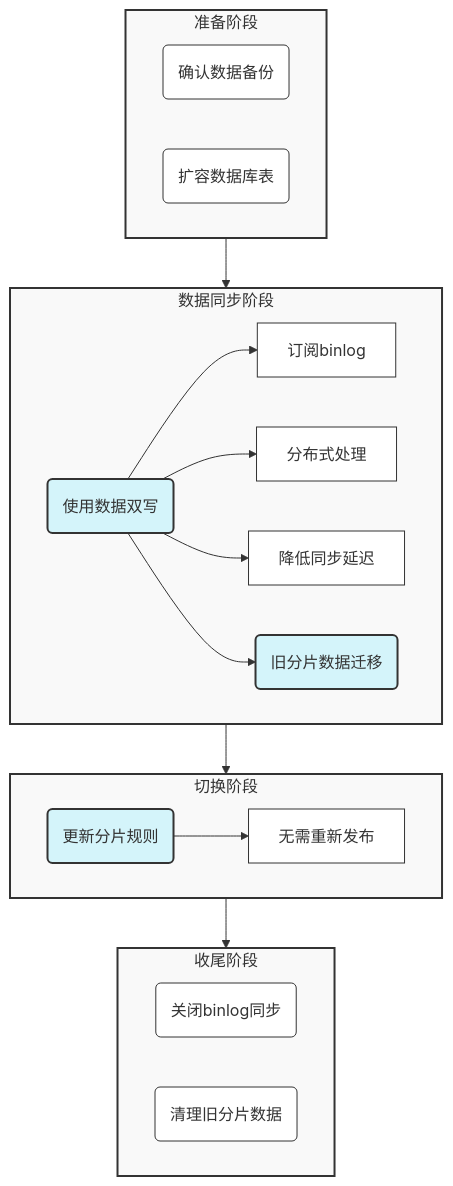
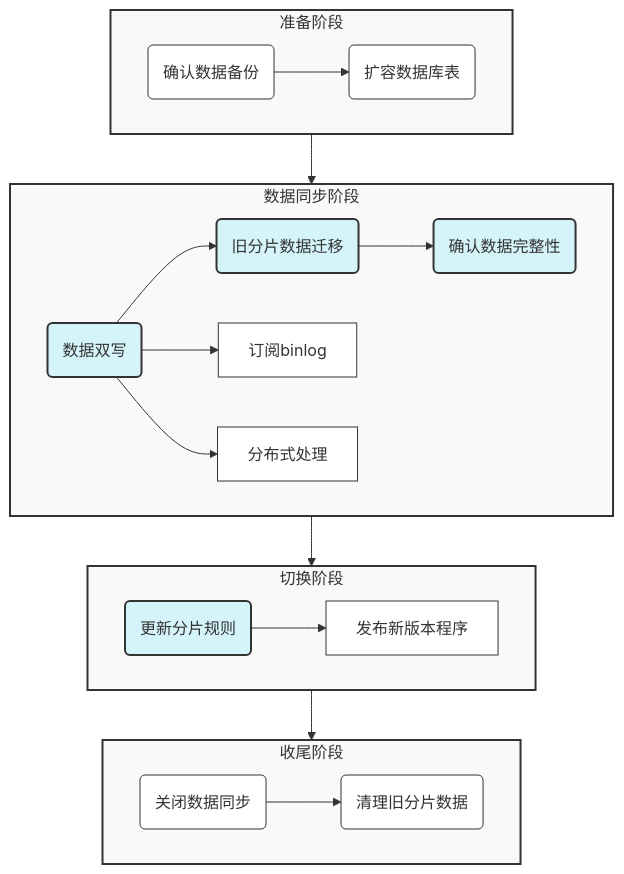
The diagram in docs/community/社区投稿/电商系统案例，Go语言数据库分库分表实战.md (gogf/gf-site), drawn with Mermaid before and after one commit. The commit also changed other lines of this file, not shown here.

````diff
--- a/docs/community/社区投稿/电商系统案例，Go语言数据库分库分表实战.md
+++ b/docs/community/社区投稿/电商系统案例，Go语言数据库分库分表实战.md
@@ -360,44 +360,34 @@
 ```mermaid
 flowchart TD
     subgraph P[准备阶段]
-        A1(确认数据备份) 
-        A2(扩容数据库表)
+        A1(确认数据备份) --> A2(扩容数据库表)
     end
 
     subgraph S[数据同步阶段]
-        B1(使用数据双写)
-        B2(旧分片数据迁移)
-        B3[订阅binlog]
-        B4[分布式处理]
-        B5[降低同步延迟]
+        B1(数据双写) --> B2(旧分片数据迁移)
+        B1 --> B3[订阅binlog]
+        B1 --> B4[分布式处理]
+        B2 --> B5(确认数据完整性)
     end
 
     subgraph C[切换阶段]
-        C1(更新分片规则)
-        C2[无需重新发布]
+        C1(更新分片规则) --> C2[发布新版本程序]
     end
 
     subgraph E[收尾阶段]
-        D1(关闭binlog同步)
-        D2(清理旧分片数据)
+        D1(关闭数据同步) --> D2(清理旧分片数据)
     end
 
     P --> S
     S --> C
     C --> E
-
-    B1 --> B3
-    B1 --> B4
-    B1 --> B5
-    B1 --> B2
-    C1 --> C2
 
     style P fill:#f9f9f9,stroke:#333,stroke-width:2px
     style S fill:#f9f9f9,stroke:#333,stroke-width:2px
     style C fill:#f9f9f9,stroke:#333,stroke-width:2px
     style E fill:#f9f9f9,stroke:#333,stroke-width:2px
 
     classDef default fill:#fff,stroke:#333,stroke-width:1px
-    classDef phase fill:#d4f4fa,stroke:#333,stroke-width:2px
-    class B1,B2,C1 phase
+    classDef critical fill:#d4f4fa,stroke:#333,stroke-width:2px
+    class B1,B2,B5,C1 critical
 ```
````
